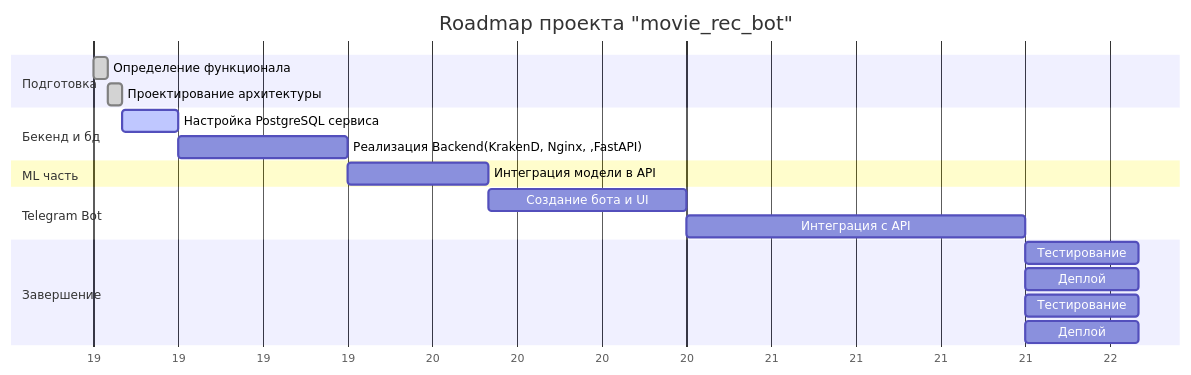
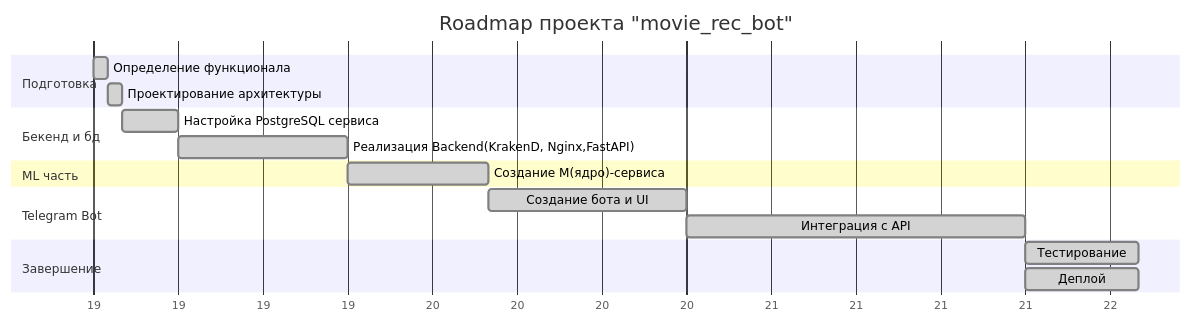
Before and after one commit to Sosylka19/rec_sys: the second of 2 diagrams in README.md, drawn with Mermaid. The commit also changed other lines of this file and 1 other file, not shown here.

````diff
--- a/README.md
+++ b/README.md
@@ -26,28 +27,26 @@
 ```mermaid
     gantt
     title Roadmap проекта "movie_rec_bot"
     dateFormat  YYYY-DD
     axisFormat  %d
 
     section Подготовка
     Определение функционала             :done,    des1, 2025-19, 1h
     Проектирование архитектуры          :done,  des2, after des1, 1h
 
     section Бекенд и бд
-    Настройка PostgreSQL сервиса                :active, b1, after des2, 4h
-    Реализация Backend(KrakenD, Nginx, ,FastAPI)          :b2, after b1, 12h
+    Настройка PostgreSQL сервиса                :done, b1, after des2, 4h
+    Реализация Backend(KrakenD, Nginx,FastAPI)          :done, b2, after b1, 12h
 
     section ML часть
-    Интеграция модели в API       :c1, after b2, 10h
+    Создание M(ядро)-сервиса       :done, c1, after b2, 10h
 
     section Telegram Bot
-    Создание бота и UI            :d1, after c1, 14h
-    Интеграция с API              :d2, after d1, 1d
+    Создание бота и UI            :done, d1, after c1, 14h
+    Интеграция с API              :done, d2, after d1, 1d
 
     section Завершение
-    Тестирование                  :e1, after d2, 8h
-    Деплой                        :e2, after d2, 8h
-    Тестирование                  :e1, after d2, 8h
-    Деплой                        :e2, after d2, 8h
+    Тестирование                  :done, e1, after d2, 8h
+    Деплой                        :done, e2, after d2, 8h
 
 ```
````
